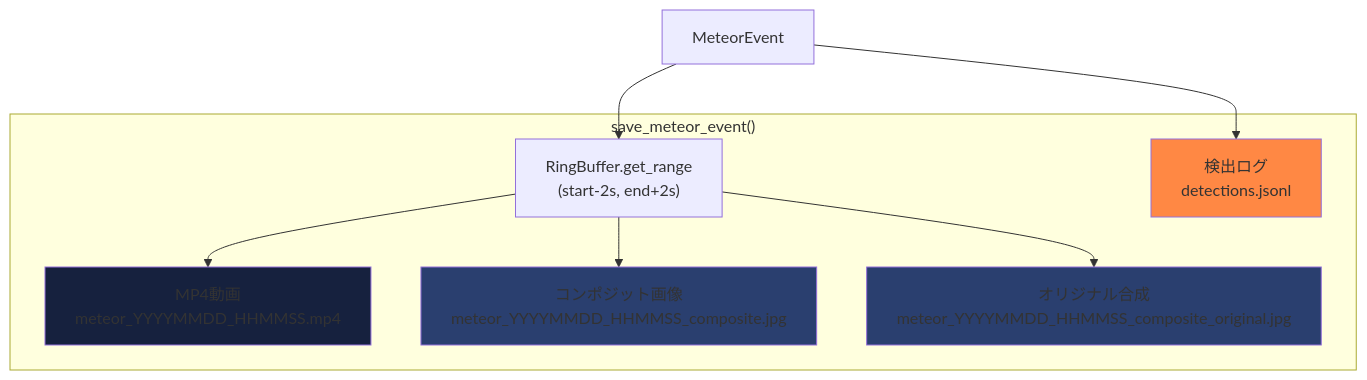
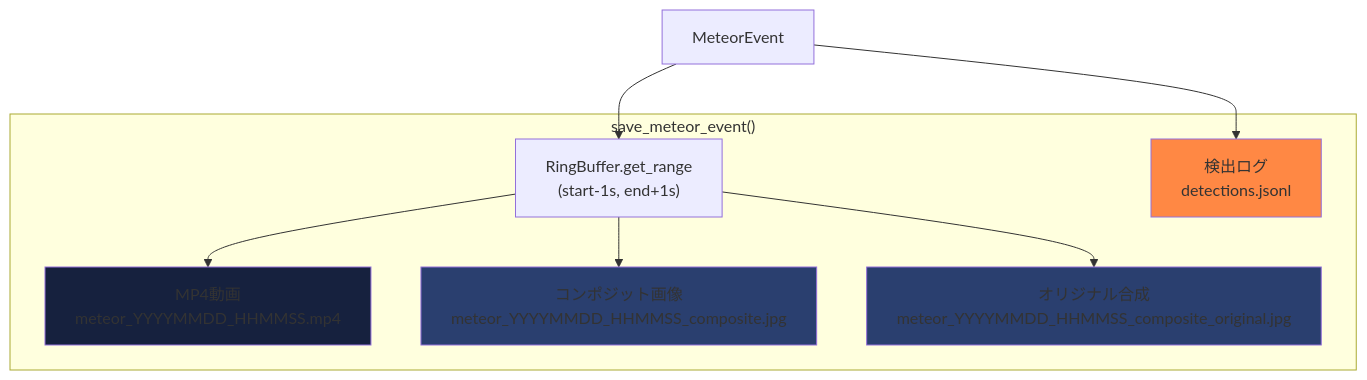
Diagram 11 of 12 in documents/DETECTOR_COMPONENTS.md (Masakai/meteo), drawn with Mermaid before and after one commit. The commit also changed other lines of this file and 9 other files, not shown here.

````diff
--- a/documents/DETECTOR_COMPONENTS.md
+++ b/documents/DETECTOR_COMPONENTS.md
@@ -586,24 +607,24 @@
 ```mermaid
 graph TD
     Event["MeteorEvent"]
 
     subgraph "save_meteor_event()"
-        GetFrames["RingBuffer.get_range<br/>(start-2s, end+2s)"]
+        GetFrames["RingBuffer.get_range<br/>(start-1s, end+1s)"]
 
         Video["MP4動画<br/>meteor_YYYYMMDD_HHMMSS.mp4"]
         Composite["コンポジット画像<br/>meteor_YYYYMMDD_HHMMSS_composite.jpg"]
         Original["オリジナル合成<br/>meteor_YYYYMMDD_HHMMSS_composite_original.jpg"]
         JSONL["検出ログ<br/>detections.jsonl"]
     end
 
     Event --> GetFrames
     GetFrames --> Video
     GetFrames --> Composite
     GetFrames --> Original
     Event --> JSONL
 
     style Video fill:#16213e
     style Composite fill:#2a3f6f
     style Original fill:#2a3f6f
     style JSONL fill:#ff8844
 ```
````
